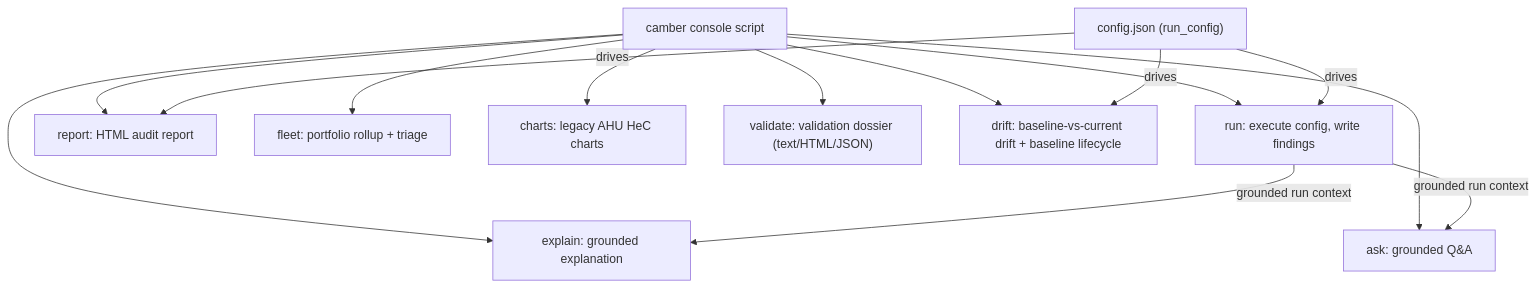
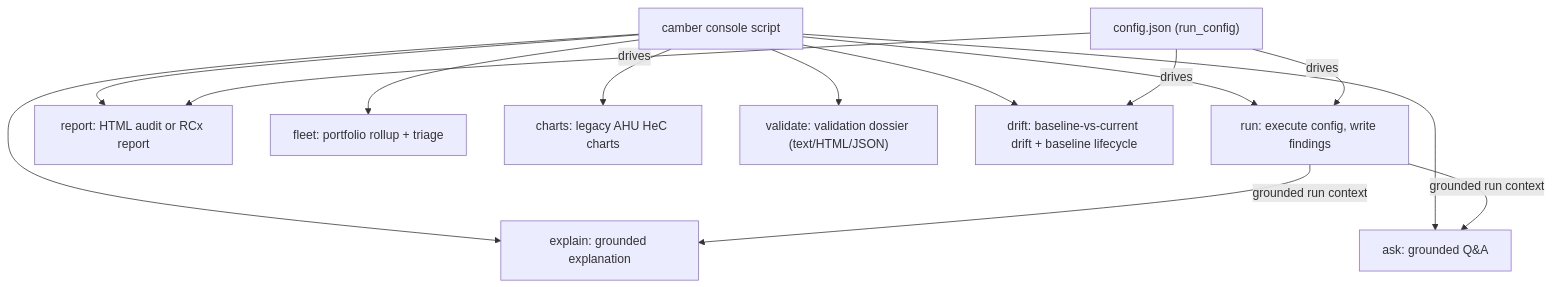
Before and after one commit to yroussev/camber: the diagram in docs/CLI.md, drawn with Mermaid. The commit also changed other lines of this file and 7 other files, not shown here.

First line of the commit message:
docs: the RCx report -- layout, week selection, issue arithmetic, confidence, notes, printing

````diff
--- a/docs/CLI.md
+++ b/docs/CLI.md
@@ -32,18 +33,18 @@
 ```mermaid
 flowchart TD
   camber["camber console script"]
   cfg["config.json (run_config)"]
   camber --> run["run: execute config, write findings"]
-  camber --> report["report: HTML audit report"]
+  camber --> report["report: HTML audit or RCx report"]
   camber --> explain["explain: grounded explanation"]
   camber --> ask["ask: grounded Q&A"]
   camber --> fleet["fleet: portfolio rollup + triage"]
   camber --> charts["charts: legacy AHU HeC charts"]
   camber --> validate["validate: validation dossier (text/HTML/JSON)"]
   camber --> drift["drift: baseline-vs-current drift + baseline lifecycle"]
   cfg -- "drives" --> run
   cfg -- "drives" --> report
   cfg -- "drives" --> drift
   run -- "grounded run context" --> explain
   run -- "grounded run context" --> ask
 ```
````
